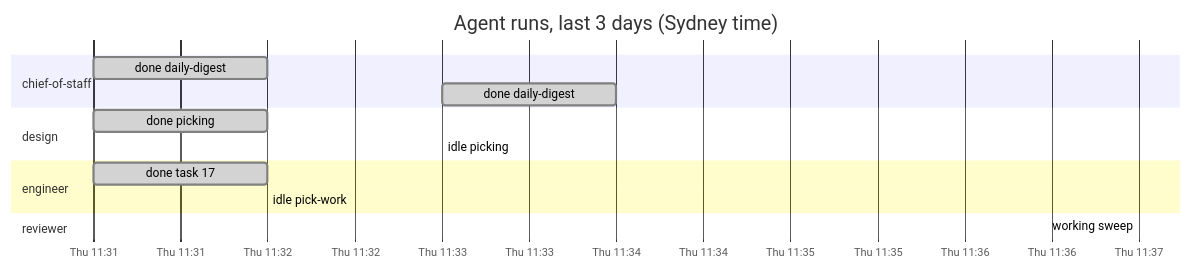
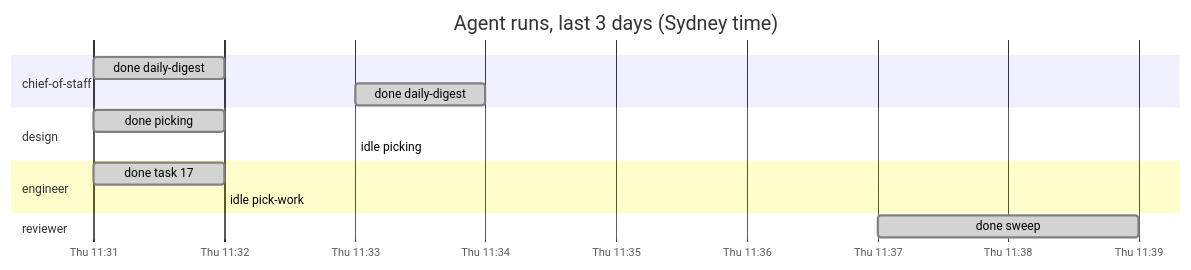
The diagram in dashboard.md (roulmediateam-byte/fifteen-expert-hq), drawn with Mermaid before and after one commit. The commit also changed other lines of this file and 1 other file, not shown here.

````diff
--- a/dashboard.md
+++ b/dashboard.md
@@ -31,17 +31,17 @@
 ```mermaid
 gantt
     title Agent runs, last 3 days (Sydney time)
     dateFormat YYYY-MM-DD HH:mm
     axisFormat %a %H:%M
     section chief-of-staff
     done daily-digest :done, 2026-11-05 11:31, 2026-11-05 11:32
     done daily-digest :done, 2026-11-05 11:33, 2026-11-05 11:34
     section design
     done picking :done, 2026-11-05 11:31, 2026-11-05 11:32
     idle picking :done, 2026-11-05 11:33, 2026-11-05 11:33
     section engineer
     done task 17 :done, 2026-11-05 11:31, 2026-11-05 11:32
     idle pick-work :done, 2026-11-05 11:32, 2026-11-05 11:32
     section reviewer
-    working sweep :active, 2026-11-05 11:37, 2026-11-05 11:37
+    done sweep :done, 2026-11-05 11:37, 2026-11-05 11:39
 ```
````
